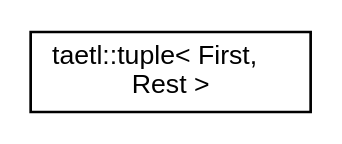
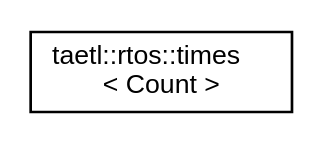
Before and after one commit to tobanteAudio/taetl: the diagram in inherit_graph_35.dot, drawn with Graphviz. The commit also changed 145 other files, not shown here.

```diff
--- a/inherit_graph_35.dot
+++ b/inherit_graph_35.dot
@@ -1,7 +1,7 @@
 digraph "Graphical Class Hierarchy"
 {
   edge [fontname="Helvetica",fontsize="10",labelfontname="Helvetica",labelfontsize="10"];
   node [fontname="Helvetica",fontsize="10",shape=record];
   rankdir="LR";
-  Node0 [label="taetl::tuple\< First,\l Rest \>",height=0.2,width=0.4,color="black", fillcolor="white", style="filled",URL="$structtaetl_1_1tuple.html"];
+  Node0 [label="taetl::rtos::times\l\< Count \>",height=0.2,width=0.4,color="black", fillcolor="white", style="filled",URL="$structtaetl_1_1rtos_1_1times.html",tooltip="Runs the task loop Count times. "];
 }
```
